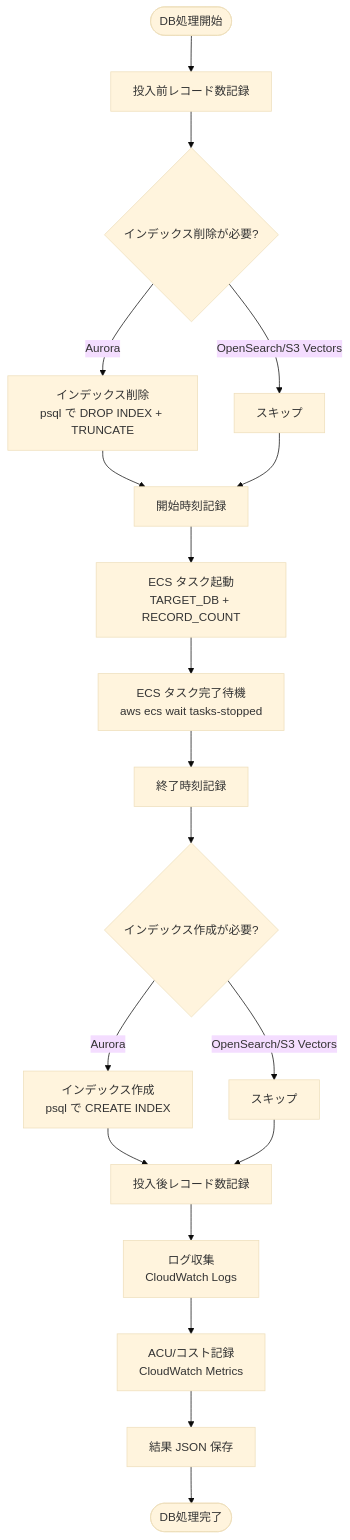
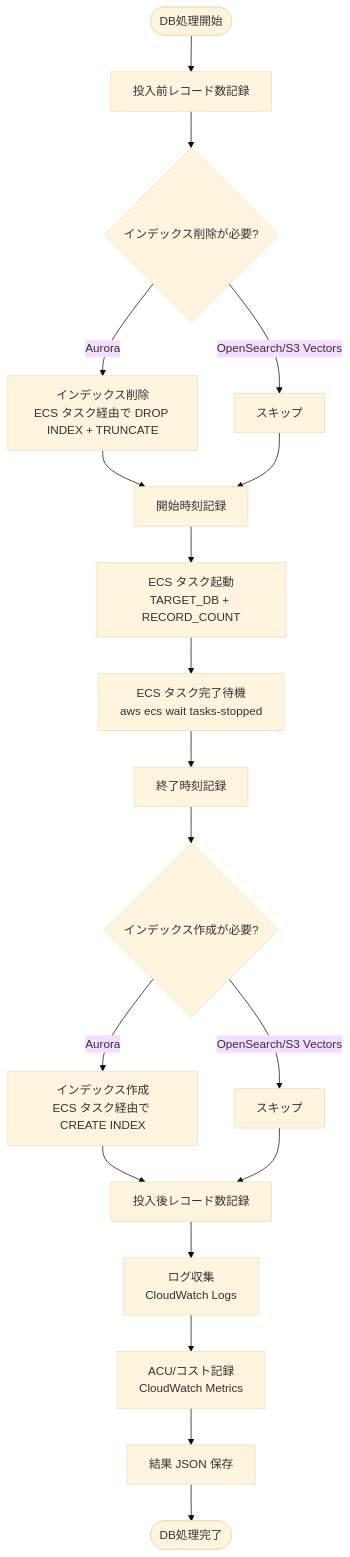
One commit to satoshi256kbyte/vector-db-benchmark changed the second of 2 diagrams in .kiro/specs/04-benchmark-shell-script/design.md. Above: the diagram before and after it, drawn with Mermaid (base theme). The commit also changed other lines of this file and 8 other files, not shown here.

First line of the commit message:
feat(benchmark-shell-script): Migrate Aurora operations from psql to ECS task mode

````diff
--- a/.kiro/specs/04-benchmark-shell-script/design.md
+++ b/.kiro/specs/04-benchmark-shell-script/design.md
@@ -65,21 +64,21 @@
 ```mermaid
 flowchart TD
     Start([DB処理開始]) --> PreCount[投入前レコード数記録]
     PreCount --> DropIndex{インデックス削除が必要?}
-    DropIndex -->|Aurora| DropAurora[インデックス削除<br/>psql で DROP INDEX + TRUNCATE]
+    DropIndex -->|Aurora| DropAurora[インデックス削除<br/>ECS タスク経由で DROP INDEX + TRUNCATE]
     DropIndex -->|OpenSearch/S3 Vectors| SkipDrop[スキップ]
     DropAurora --> RecordStart[開始時刻記録]
     SkipDrop --> RecordStart
     RecordStart --> RunECS[ECS タスク起動<br/>TARGET_DB + RECORD_COUNT]
     RunECS --> WaitECS[ECS タスク完了待機<br/>aws ecs wait tasks-stopped]
     WaitECS --> RecordEnd[終了時刻記録]
     RecordEnd --> CreateIndex{インデックス作成が必要?}
-    CreateIndex -->|Aurora| CreateAurora[インデックス作成<br/>psql で CREATE INDEX]
+    CreateIndex -->|Aurora| CreateAurora[インデックス作成<br/>ECS タスク経由で CREATE INDEX]
     CreateIndex -->|OpenSearch/S3 Vectors| SkipCreate[スキップ]
     CreateAurora --> PostCount[投入後レコード数記録]
     SkipCreate --> PostCount
     PostCount --> CollectLogs[ログ収集<br/>CloudWatch Logs]
     CollectLogs --> CollectMetrics[ACU/コスト記録<br/>CloudWatch Metrics]
     CollectMetrics --> SaveResult[結果 JSON 保存]
     SaveResult --> End([DB処理完了])
 ```
````
